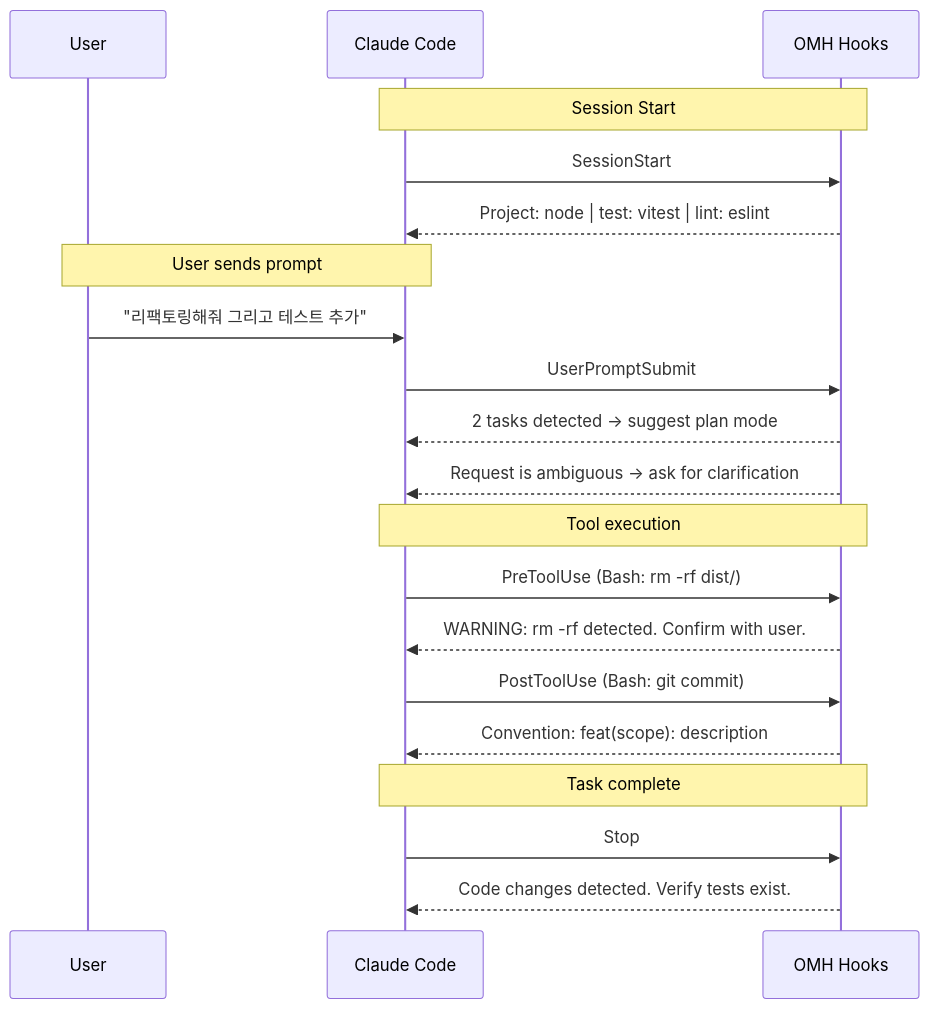
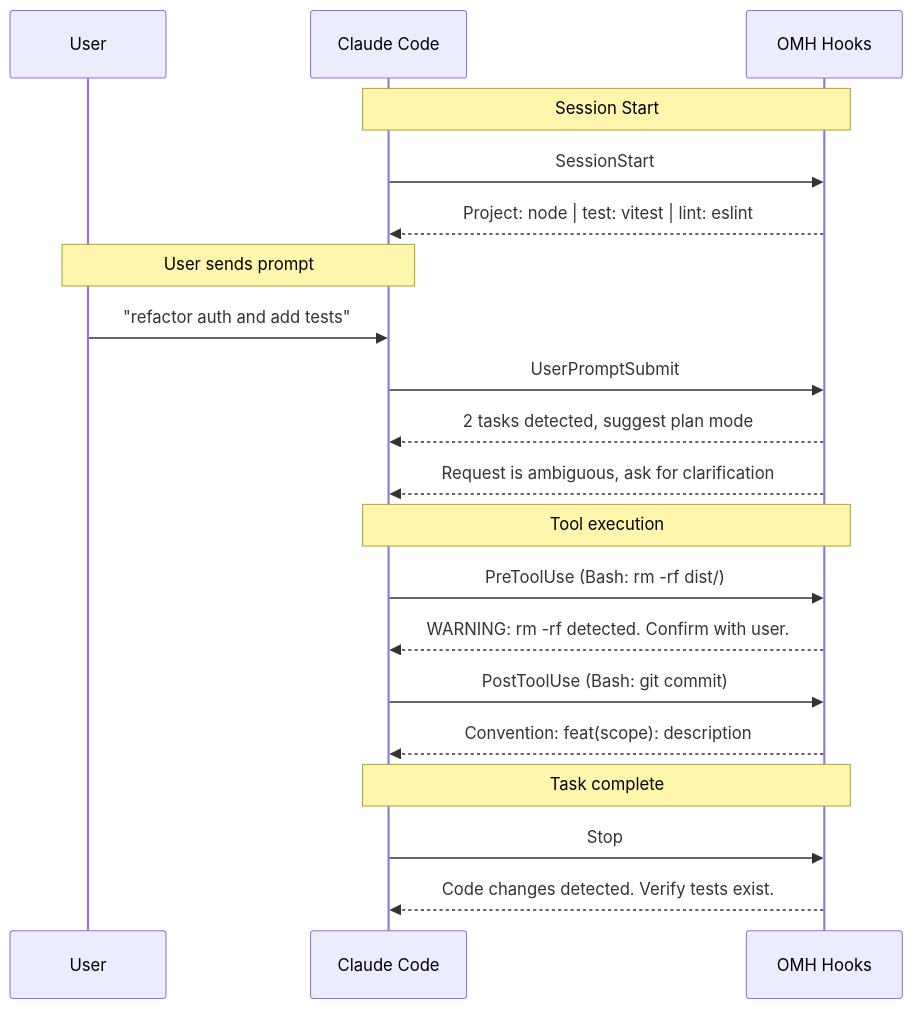
One commit to Hoya324/oh-my-harness changed the fourth of 6 diagrams in README.md. Above: the diagram before and after it, drawn with Mermaid. The commit also changed other lines of this file and 1 other file, not shown here.

````diff
--- a/README.md
+++ b/README.md
@@ -236,27 +237,27 @@
 ```mermaid
 sequenceDiagram
     participant U as User
     participant CC as Claude Code
     participant OMH as OMH Hooks
 
     Note over CC,OMH: Session Start
     CC->>OMH: SessionStart
     OMH-->>CC: Project: node | test: vitest | lint: eslint
 
     Note over U,CC: User sends prompt
-    U->>CC: "리팩토링해줘 그리고 테스트 추가"
+    U->>CC: "refactor auth and add tests"
     CC->>OMH: UserPromptSubmit
-    OMH-->>CC: 2 tasks detected → suggest plan mode
-    OMH-->>CC: Request is ambiguous → ask for clarification
+    OMH-->>CC: 2 tasks detected, suggest plan mode
+    OMH-->>CC: Request is ambiguous, ask for clarification
 
     Note over CC,OMH: Tool execution
     CC->>OMH: PreToolUse (Bash: rm -rf dist/)
     OMH-->>CC: WARNING: rm -rf detected. Confirm with user.
 
     CC->>OMH: PostToolUse (Bash: git commit)
     OMH-->>CC: Convention: feat(scope): description
 
     Note over CC,OMH: Task complete
     CC->>OMH: Stop
     OMH-->>CC: Code changes detected. Verify tests exist.
 ```
````
